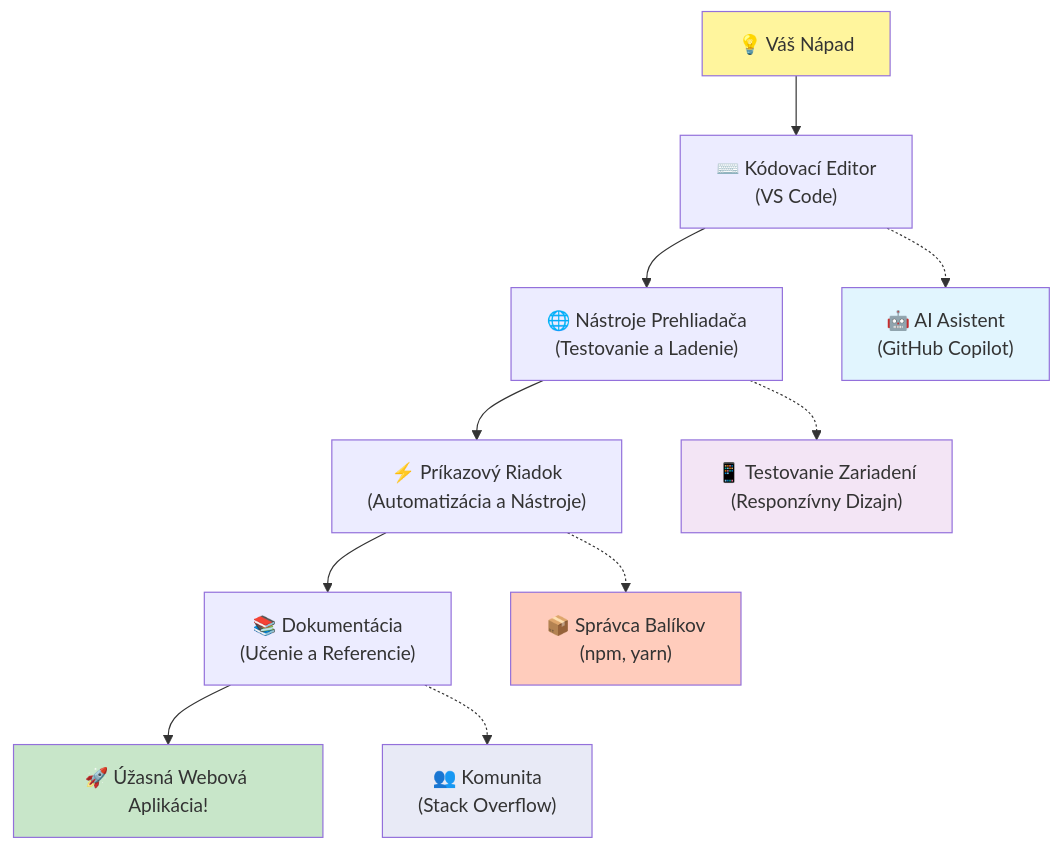
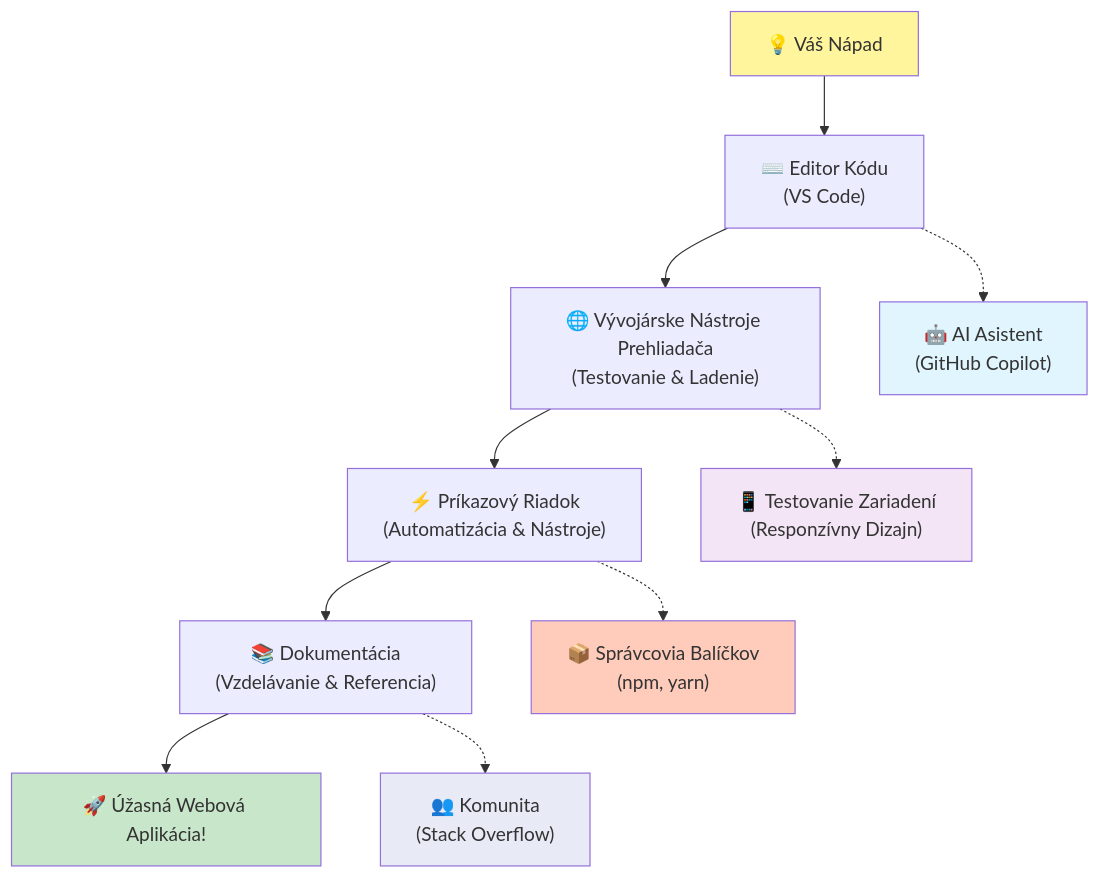
One commit to microsoft/Web-Dev-For-Beginners changed the fifth of 7 diagrams in translations/sk/1-getting-started-lessons/1-intro-to-programming-languages/README.md. Above: the diagram before and after it, drawn with Mermaid. The commit also changed other lines of this file and 11 other files, not shown here.

````diff
--- a/translations/sk/1-getting-started-lessons/1-intro-to-programming-languages/README.md
+++ b/translations/sk/1-getting-started-lessons/1-intro-to-programming-languages/README.md
@@ -488,20 +488,20 @@
 ```mermaid
 graph TD
-    A["💡 Váš Nápad"] --> B["⌨️ Kódovací Editor<br/>(VS Code)"] 
-    B --> C["🌐 Nástroje Prehliadača<br/>(Testovanie a Ladenie)"]
-    C --> D["⚡ Príkazový Riadok<br/>(Automatizácia a Nástroje)"]
-    D --> E["📚 Dokumentácia<br/>(Učenie a Referencie)"]
+    A["💡 Váš Nápad"] --> B["⌨️ Editor Kódu<br/>(VS Code)"] 
+    B --> C["🌐 Vývojárske Nástroje Prehliadača<br/>(Testovanie & Ladenie)"]
+    C --> D["⚡ Príkazový Riadok<br/>(Automatizácia & Nástroje)"]
+    D --> E["📚 Dokumentácia<br/>(Vzdelávanie & Referencia)"]
     E --> F["🚀 Úžasná Webová Aplikácia!"]
     
     B -.-> G["🤖 AI Asistent<br/>(GitHub Copilot)"]
     C -.-> H["📱 Testovanie Zariadení<br/>(Responzívny Dizajn)"]
-    D -.-> I["📦 Správca Balíkov<br/>(npm, yarn)"]
+    D -.-> I["📦 Správcovia Balíčkov<br/>(npm, yarn)"]
     E -.-> J["👥 Komunita<br/>(Stack Overflow)"]
     
     style A fill:#fff59d
     style F fill:#c8e6c9
     style G fill:#e1f5fe
     style H fill:#f3e5f5
     style I fill:#ffccbc
     style J fill:#e8eaf6
 ```
````
